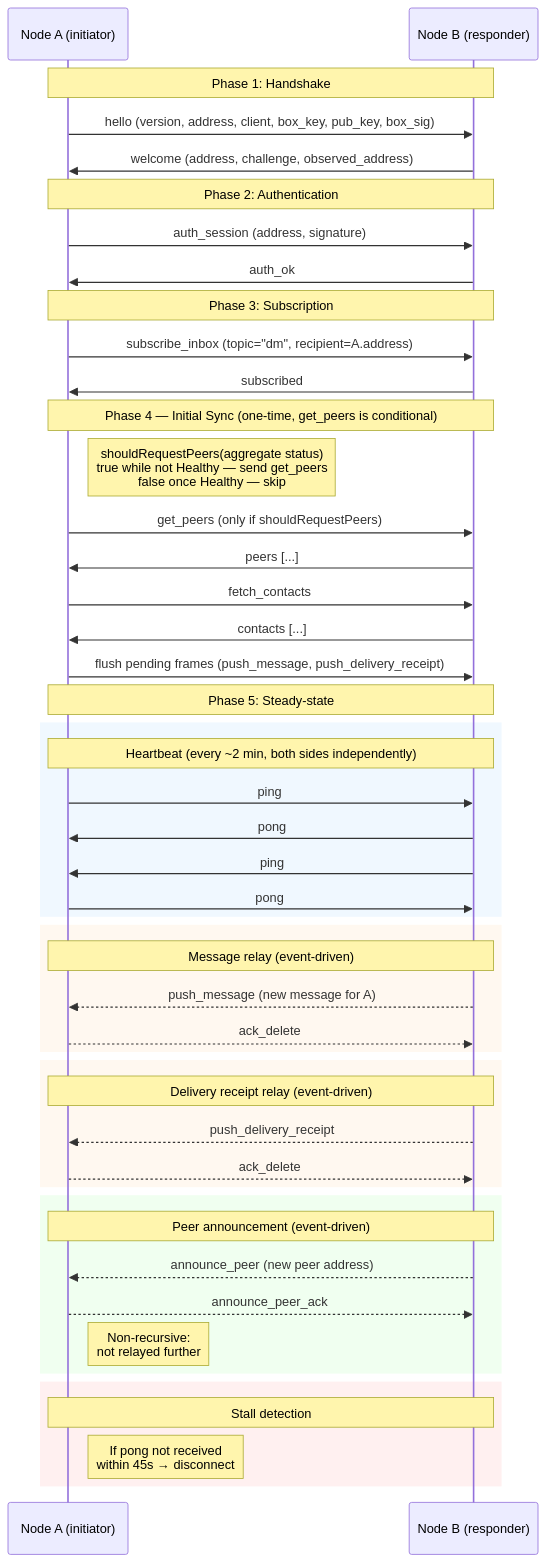
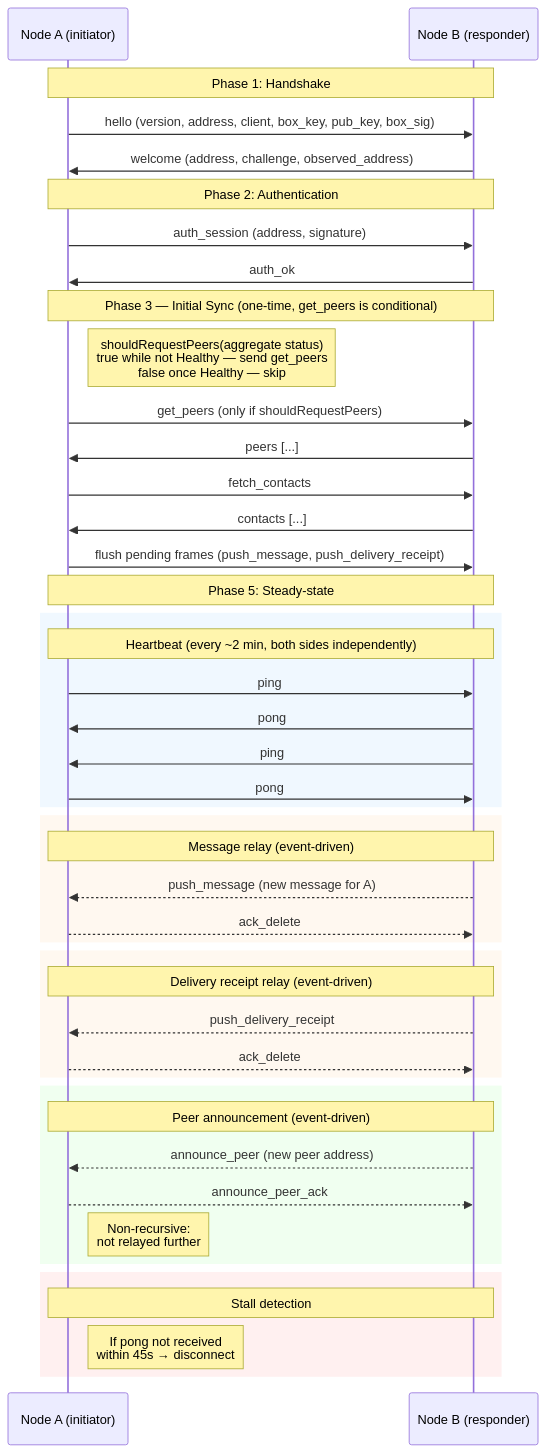
Before and after one commit to piratecash/corsa: the fourth of 18 diagrams in docs/mesh.md, drawn with Mermaid. The commit also changed other lines of this file and 67 other files, not shown here.

````diff
--- a/docs/mesh.md
+++ b/docs/mesh.md
@@ -225,64 +225,59 @@
 ```mermaid
 sequenceDiagram
     participant A as Node A (initiator)
     participant B as Node B (responder)
 
     Note over A,B: Phase 1: Handshake
 
     A->>B: hello (version, address, client, box_key, pub_key, box_sig)
     B->>A: welcome (address, challenge, observed_address)
 
     Note over A,B: Phase 2: Authentication
 
     A->>B: auth_session (address, signature)
     B->>A: auth_ok
 
-    Note over A,B: Phase 3: Subscription
-
-    A->>B: subscribe_inbox (topic="dm", recipient=A.address)
-    B->>A: subscribed
-
-    Note over A,B: Phase 4 — Initial Sync (one-time, get_peers is conditional)
+    Note over A,B: Phase 3 — Initial Sync (one-time, get_peers is conditional)
 
     Note right of A: shouldRequestPeers(aggregate status)<br/>true while not Healthy — send get_peers<br/>false once Healthy — skip
     A->>B: get_peers (only if shouldRequestPeers)
     B->>A: peers [...]
     A->>B: fetch_contacts
     B->>A: contacts [...]
 
     A->>B: flush pending frames (push_message, push_delivery_receipt)
 
     Note over A,B: Phase 5: Steady-state
 
     rect rgb(240, 248, 255)
         Note over A,B: Heartbeat (every ~2 min, both sides independently)
         A->>B: ping
         B->>A: pong
         B->>A: ping
         A->>B: pong
     end
 
     rect rgb(255, 248, 240)
         Note over A,B: Message relay (event-driven)
         B-->>A: push_message (new message for A)
         A-->>B: ack_delete
     end
 
     rect rgb(255, 248, 240)
         Note over A,B: Delivery receipt relay (event-driven)
         B-->>A: push_delivery_receipt
         A-->>B: ack_delete
     end
 
     rect rgb(240, 255, 240)
         Note over A,B: Peer announcement (event-driven)
         B-->>A: announce_peer (new peer address)
         A-->>B: announce_peer_ack
         Note right of A: Non-recursive:<br/>not relayed further
     end
 
     rect rgb(255, 240, 240)
         Note over A,B: Stall detection
         Note right of A: If pong not received<br/>within 45s → disconnect
     end
 ```
````
